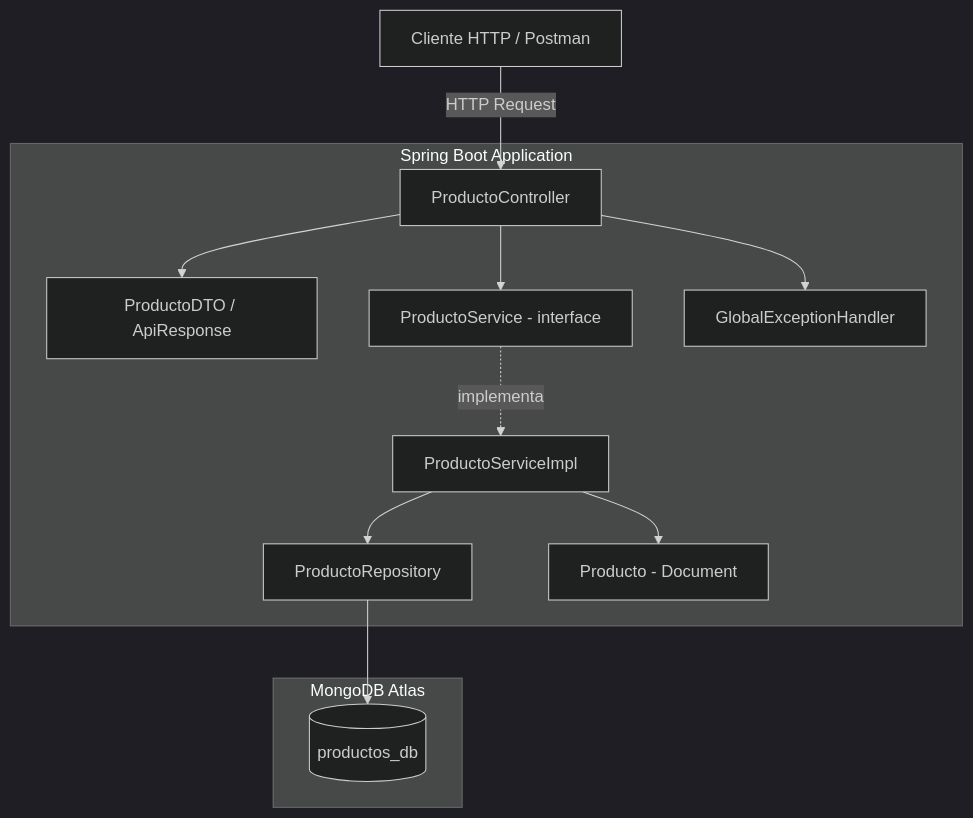
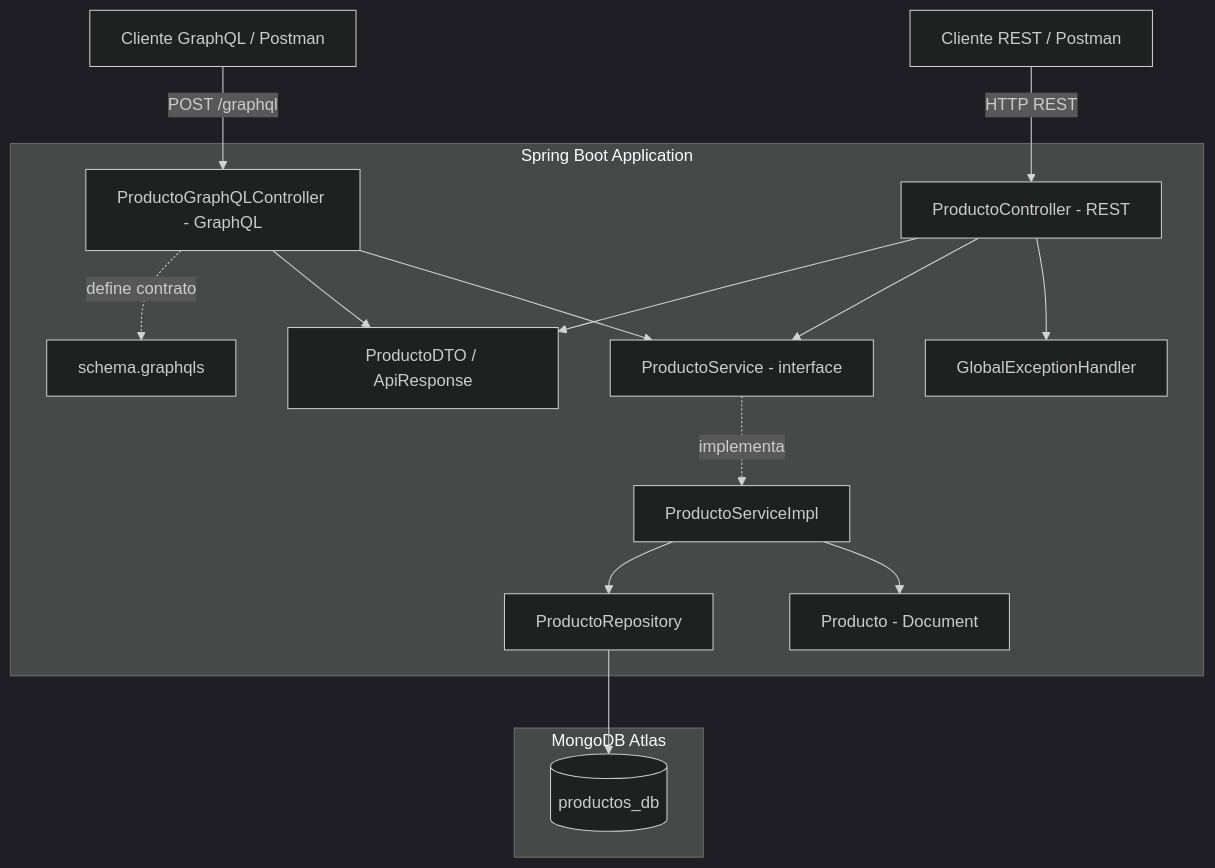
The first of 2 diagrams in README.md (jairfeli2000-web/productos-api-springboot), drawn with Mermaid (dark theme) before and after one commit. The commit also changed other lines of this file, not shown here.

Commit message:
docs: actualizar README con GraphQL en estructura, diagramas y descripcion

````diff
--- a/README.md
+++ b/README.md
@@ -41,26 +43,32 @@
 ```mermaid
 graph TD
-    Client[Cliente HTTP / Postman] -->|HTTP Request| Controller
+    ClientRest[Cliente REST / Postman] -->|HTTP REST| RestController
+    ClientGraphQL[Cliente GraphQL / Postman] -->|POST /graphql| GraphQLController
 
     subgraph Spring Boot Application
-        Controller[ProductoController]
+        RestController[ProductoController - REST]
+        GraphQLController[ProductoGraphQLController - GraphQL]
+        Schema[schema.graphqls]
         DTO[ProductoDTO / ApiResponse]
         ServiceInterface[ProductoService - interface]
         ServiceImpl[ProductoServiceImpl]
         Repository[ProductoRepository]
         Model[Producto - Document]
         Exception[GlobalExceptionHandler]
     end
 
     subgraph MongoDB Atlas
         DB[(productos_db)]
     end
 
-    Controller --> DTO
-    Controller --> ServiceInterface
+    GraphQLController -.->|define contrato| Schema
+    RestController --> DTO
+    GraphQLController --> DTO
+    RestController --> ServiceInterface
+    GraphQLController --> ServiceInterface
     ServiceInterface -.->|implementa| ServiceImpl
     ServiceImpl --> Repository
     ServiceImpl --> Model
     Repository --> DB
-    Controller --> Exception
+    RestController --> Exception
 ```
````
